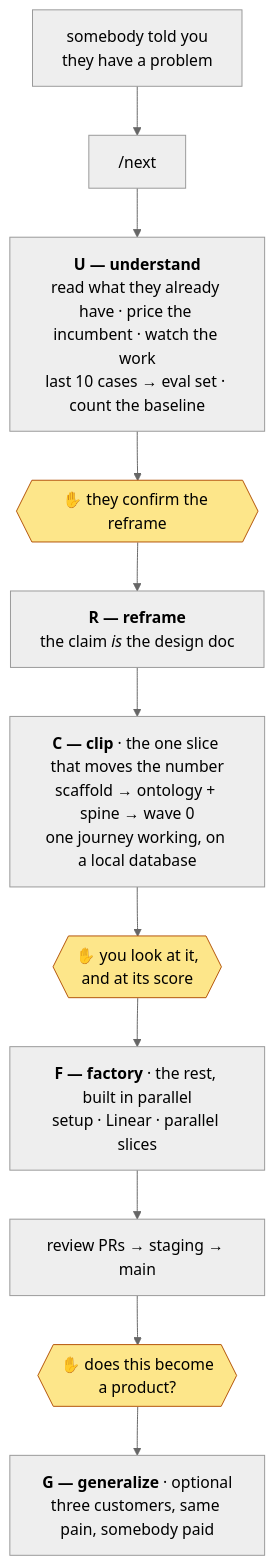
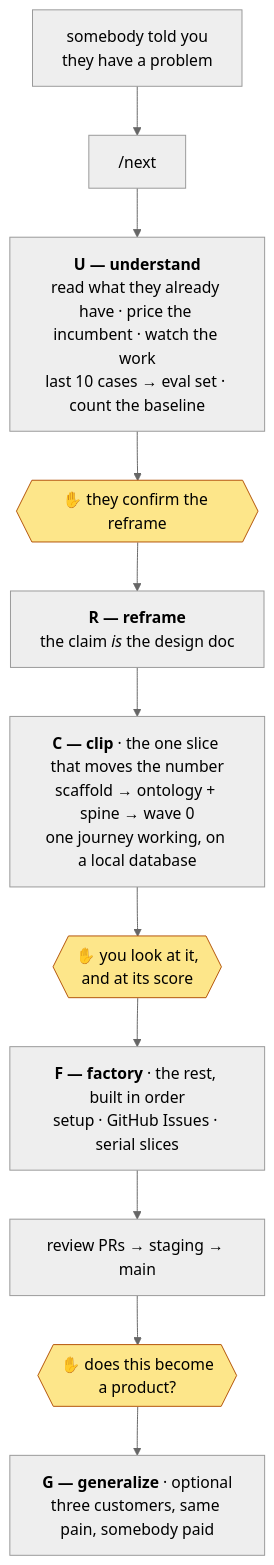
One commit to hivinaynair/vipernxt changed the first of 3 diagrams in README.md. Above: the diagram before and after it, drawn with Mermaid (neutral theme). The commit also changed other lines of this file and 18 other files, not shown here.

````diff
--- a/README.md
+++ b/README.md
@@ -56,17 +56,17 @@
 ```mermaid
 flowchart TD
     IN["somebody told you<br/>they have a problem"] --> N["/next"]
     N --> U["<b>U — understand</b><br/>read what they already have · price the incumbent · watch the work<br/>last 10 cases → eval set · count the baseline"]
     U --> G1{{"✋ they confirm the reframe"}}
     G1 --> R["<b>R — reframe</b><br/>the claim <i>is</i> the design doc"]
     R --> C["<b>C — clip</b> · the one slice that moves the number<br/>scaffold → ontology + spine → wave 0<br/>one journey working, on a local database"]
     C --> G2{{"✋ you look at it,<br/>and at its score"}}
-    G2 --> F["<b>F — factory</b> · the rest, built in parallel<br/>setup · Linear · parallel slices"]
+    G2 --> F["<b>F — factory</b> · the rest, built in order<br/>setup · GitHub Issues · serial slices"]
     F --> REL["review PRs → staging → main"]
     REL --> G3{{"✋ does this become<br/>a product?"}}
     G3 --> G["<b>G — generalize</b> · optional<br/>three customers, same pain, somebody paid"]
 
     style G1 fill:#fde68a,stroke:#b45309,color:#000
     style G2 fill:#fde68a,stroke:#b45309,color:#000
     style G3 fill:#fde68a,stroke:#b45309,color:#000
 ```
````
